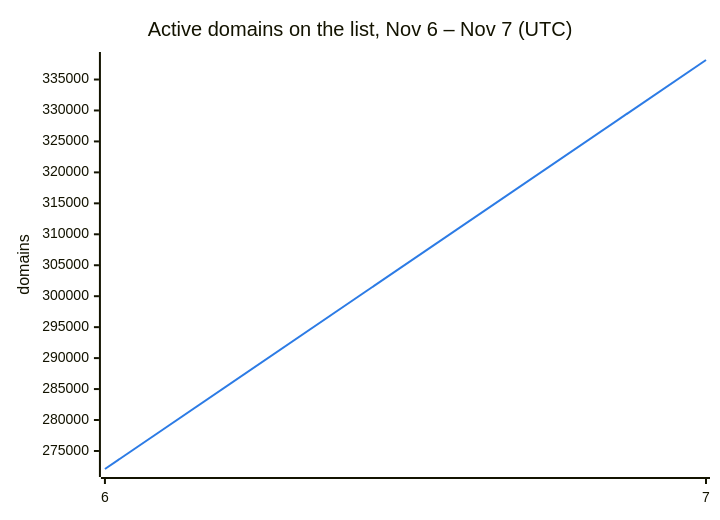
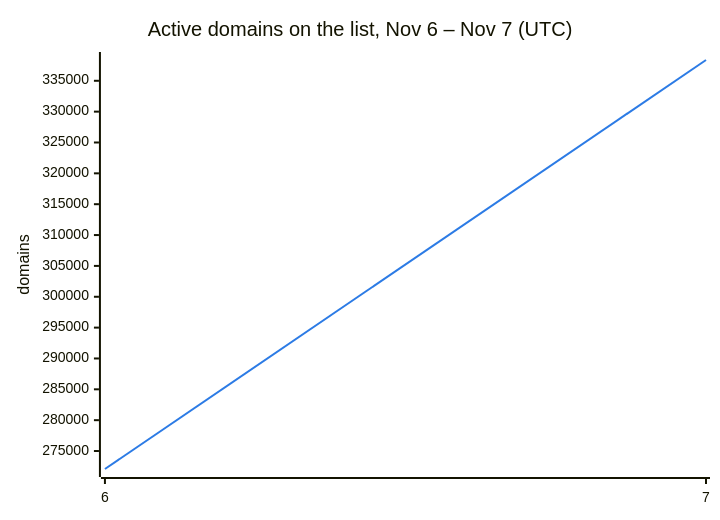
Before and after one commit to DNSBunker/CTI: the second of 3 diagrams in README.md, drawn with Mermaid. The commit also changed other lines of this file and 3 other files, not shown here.

````diff
--- a/README.md
+++ b/README.md
@@ -38,8 +38,8 @@
 ```mermaid
 %%{init: {"themeVariables": {"xyChart": {"plotColorPalette": "#2c7be5"}}}}%%
 xychart-beta
     title "Active domains on the list, Nov 6 – Nov 7 (UTC)"
     x-axis ["6", "7"]
     y-axis "domains"
-    line [272088, 338153]
+    line [272088, 338368]
 ```
````
